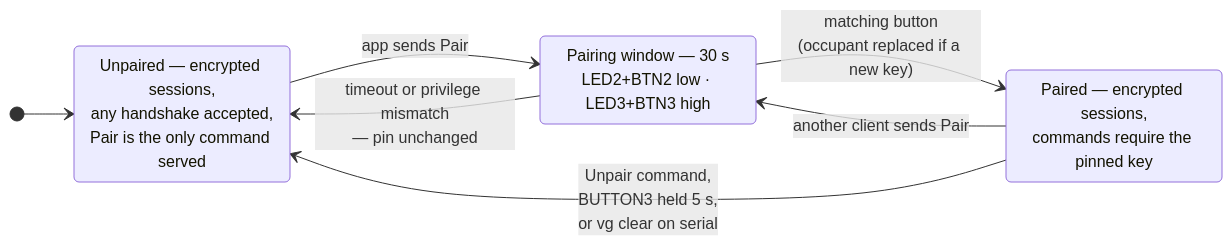
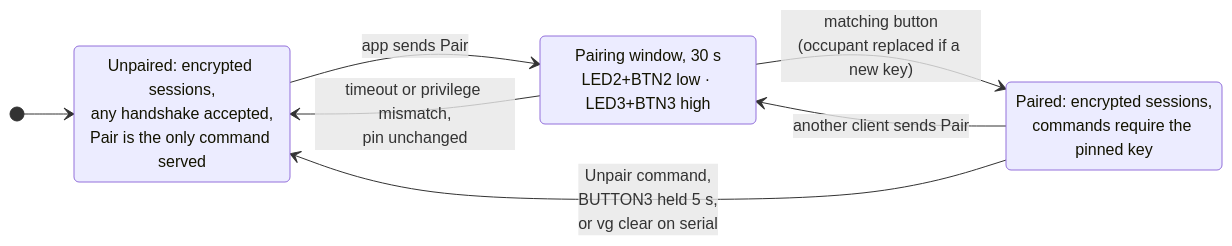
One commit to stonygrey/BlueConnect changed the second of 4 diagrams in documents/noise-security.md. Above: the diagram before and after it, drawn with Mermaid. The commit also changed other lines of this file and 621 other files, not shown here.

````diff
--- a/documents/noise-security.md
+++ b/documents/noise-security.md
@@ -111,14 +108,14 @@
 ```mermaid
 stateDiagram-v2
     direction LR
-    Unpaired: Unpaired — encrypted sessions,<br/>any handshake accepted,<br/>Pair is the only command served
-    Window: Pairing window — 30 s<br/>LED2+BTN2 low · LED3+BTN3 high
-    Paired: Paired — encrypted sessions,<br/>commands require the pinned key
+    Unpaired: Unpaired: encrypted sessions,<br/>any handshake accepted,<br/>Pair is the only command served
+    Window: Pairing window, 30 s<br/>LED2+BTN2 low · LED3+BTN3 high
+    Paired: Paired: encrypted sessions,<br/>commands require the pinned key
 
     [*] --> Unpaired
     Unpaired --> Window: app sends Pair
     Paired --> Window: another client sends Pair
     Window --> Paired: matching button<br/>(occupant replaced if a new key)
-    Window --> Unpaired: timeout or privilege mismatch<br/>— pin unchanged
+    Window --> Unpaired: timeout or privilege mismatch,<br/>pin unchanged
     Paired --> Unpaired: Unpair command,<br/>BUTTON3 held 5 s,<br/>or vg clear on serial
 ```
````
